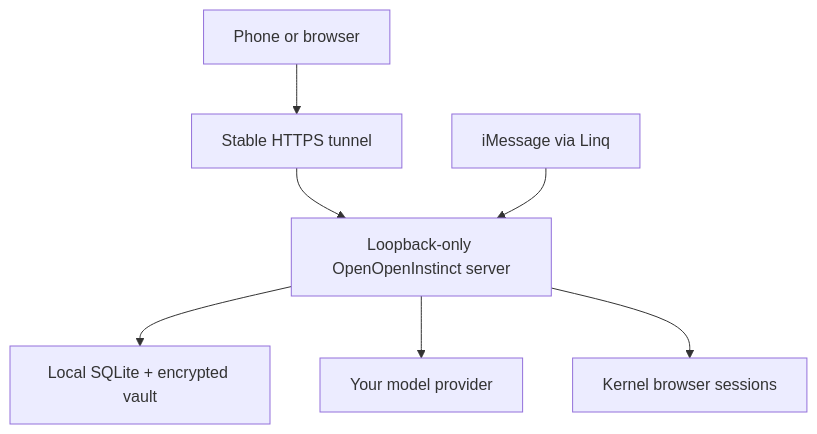
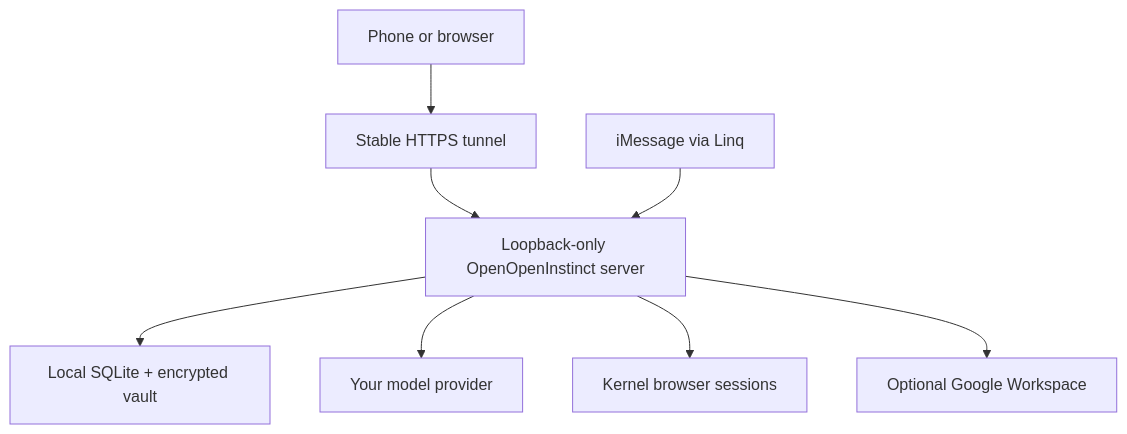
One commit to maceip/OpenOpenInstinct changed the first of 2 diagrams in README.md. Above: the diagram before and after it, drawn with Mermaid. The commit also changed other lines of this file and 31 other files, not shown here.

Commit message:
Adapt Google Workspace for encrypted local OAuth

````diff
--- a/README.md
+++ b/README.md
@@ -27,9 +27,10 @@
 ```mermaid
 flowchart TB
   phone["Phone or browser"] --> tunnel["Stable HTTPS tunnel"]
   tunnel --> server["Loopback-only OpenOpenInstinct server"]
   server --> sqlite["Local SQLite + encrypted vault"]
   server --> model["Your model provider"]
   server --> kernel["Kernel browser sessions"]
+  server --> google["Optional Google Workspace"]
   imessage["iMessage via Linq"] --> server
 ```
````
